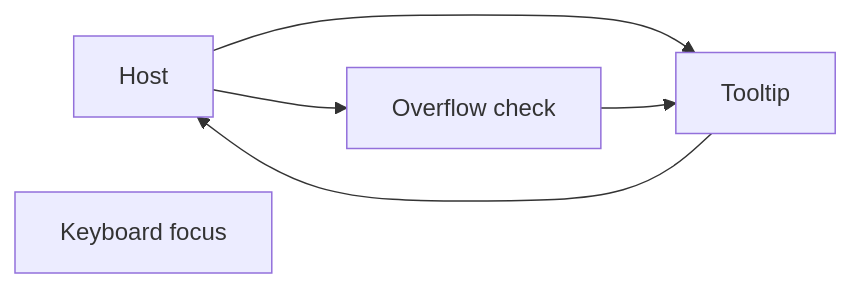
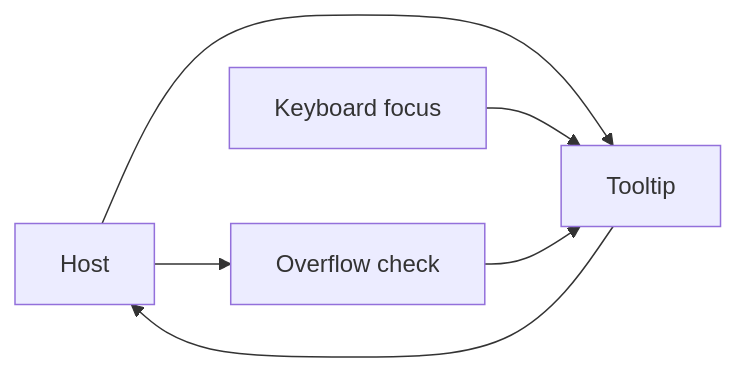
One commit to RajshekharBorate/pixel-ui changed the first of 4 diagrams in projects/pixel-ui/src/lib/pixel-tooltip/DESIGN.md. Above: the diagram before and after it, drawn with Mermaid. The commit also changed other lines of this file and 80 other files, not shown here.

Commit message:
Fill missing design flows and correct the stories that did not match component behavior.

````diff
--- a/projects/pixel-ui/src/lib/pixel-tooltip/DESIGN.md
+++ b/projects/pixel-ui/src/lib/pixel-tooltip/DESIGN.md
@@ -18,11 +18,12 @@
 ```mermaid
 flowchart LR
   host["Host"]
   tip["Tooltip"]
   keys["Keyboard focus"]
   clip["Overflow check"]
   host --> tip
+  keys --> tip
   tip --> host
   host --> clip
   clip --> tip
 ```
````
